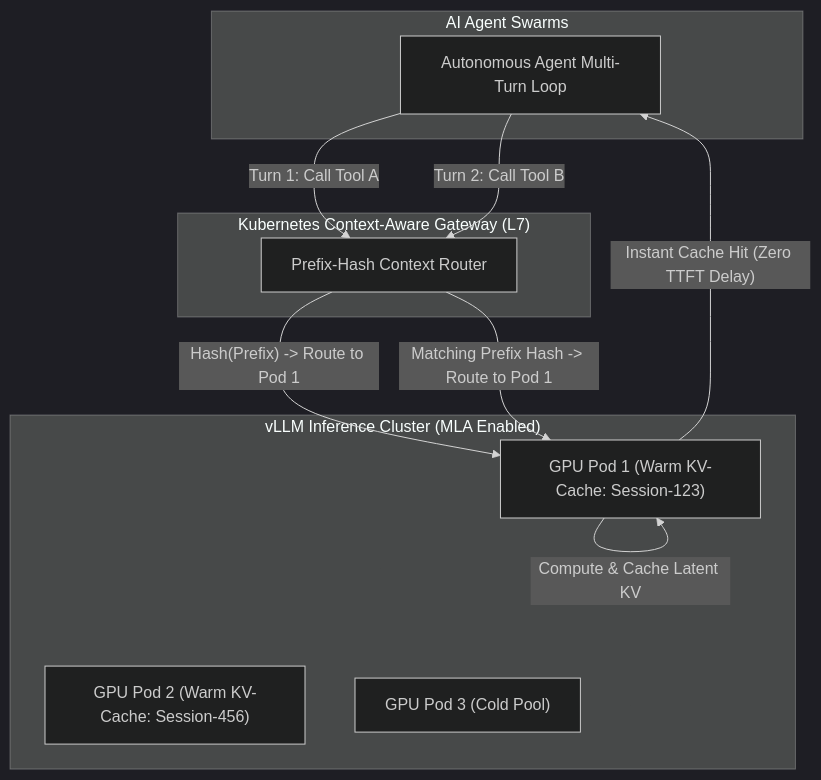
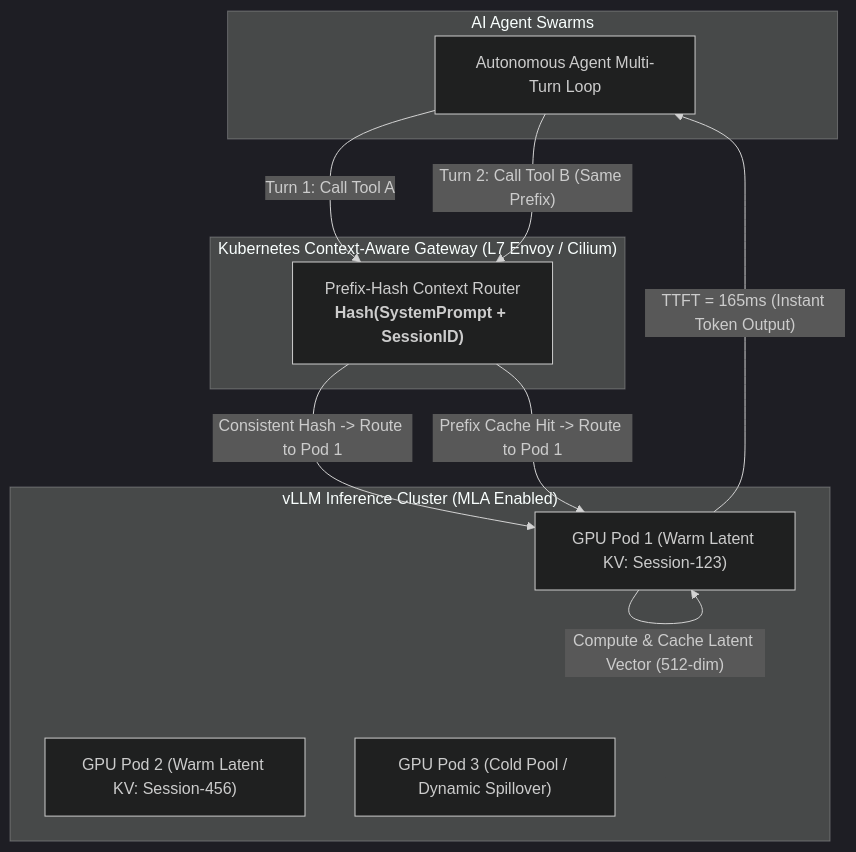
The diagram in content/radar/2026-08/radar-2026-08-26-vllm-context-routing-mla.md (vesviet/vesviet), drawn with Mermaid (dark theme) before and after one commit. The commit also changed other lines of this file and 2 other files, not shown here.

First line of the commit message:
feat(radar): upgrade August 2026 radar editions with deep architecture specs

````diff
--- a/content/radar/2026-08/radar-2026-08-26-vllm-context-routing-mla.md
+++ b/content/radar/2026-08/radar-2026-08-26-vllm-context-routing-mla.md
@@ -40,24 +43,24 @@
 ```mermaid
 flowchart TD
     subgraph ClientLayer ["AI Agent Swarms"]
         Agent["Autonomous Agent Multi-Turn Loop"]
     end
 
-    subgraph GatewayLayer ["Kubernetes Context-Aware Gateway (L7)"]
-        Router["Prefix-Hash Context Router"]
+    subgraph GatewayLayer ["Kubernetes Context-Aware Gateway (L7 Envoy / Cilium)"]
+        Router["Prefix-Hash Context Router<br/><b>Hash(SystemPrompt + SessionID)</b>"]
     end
 
     subgraph GPUCluster ["vLLM Inference Cluster (MLA Enabled)"]
-        GPU1["GPU Pod 1 (Warm KV-Cache: Session-123)"]
-        GPU2["GPU Pod 2 (Warm KV-Cache: Session-456)"]
-        GPU3["GPU Pod 3 (Cold Pool)"]
+        GPU1["GPU Pod 1 (Warm Latent KV: Session-123)"]
+        GPU2["GPU Pod 2 (Warm Latent KV: Session-456)"]
+        GPU3["GPU Pod 3 (Cold Pool / Dynamic Spillover)"]
     end
 
     Agent -->|"Turn 1: Call Tool A"| Router
-    Router -->|"Hash(Prefix) -> Route to Pod 1"| GPU1
-    GPU1 -->|"Compute & Cache Latent KV"| GPU1
+    Router -->|"Consistent Hash -> Route to Pod 1"| GPU1
+    GPU1 -->|"Compute & Cache Latent Vector (512-dim)"| GPU1
     
-    Agent -->|"Turn 2: Call Tool B"| Router
-    Router -->|"Matching Prefix Hash -> Route to Pod 1"| GPU1
-    GPU1 -->|"Instant Cache Hit (Zero TTFT Delay)"| Agent
+    Agent -->|"Turn 2: Call Tool B (Same Prefix)"| Router
+    Router -->|"Prefix Cache Hit -> Route to Pod 1"| GPU1
+    GPU1 -->|"TTFT = 165ms (Instant Token Output)"| Agent
 ```
````
